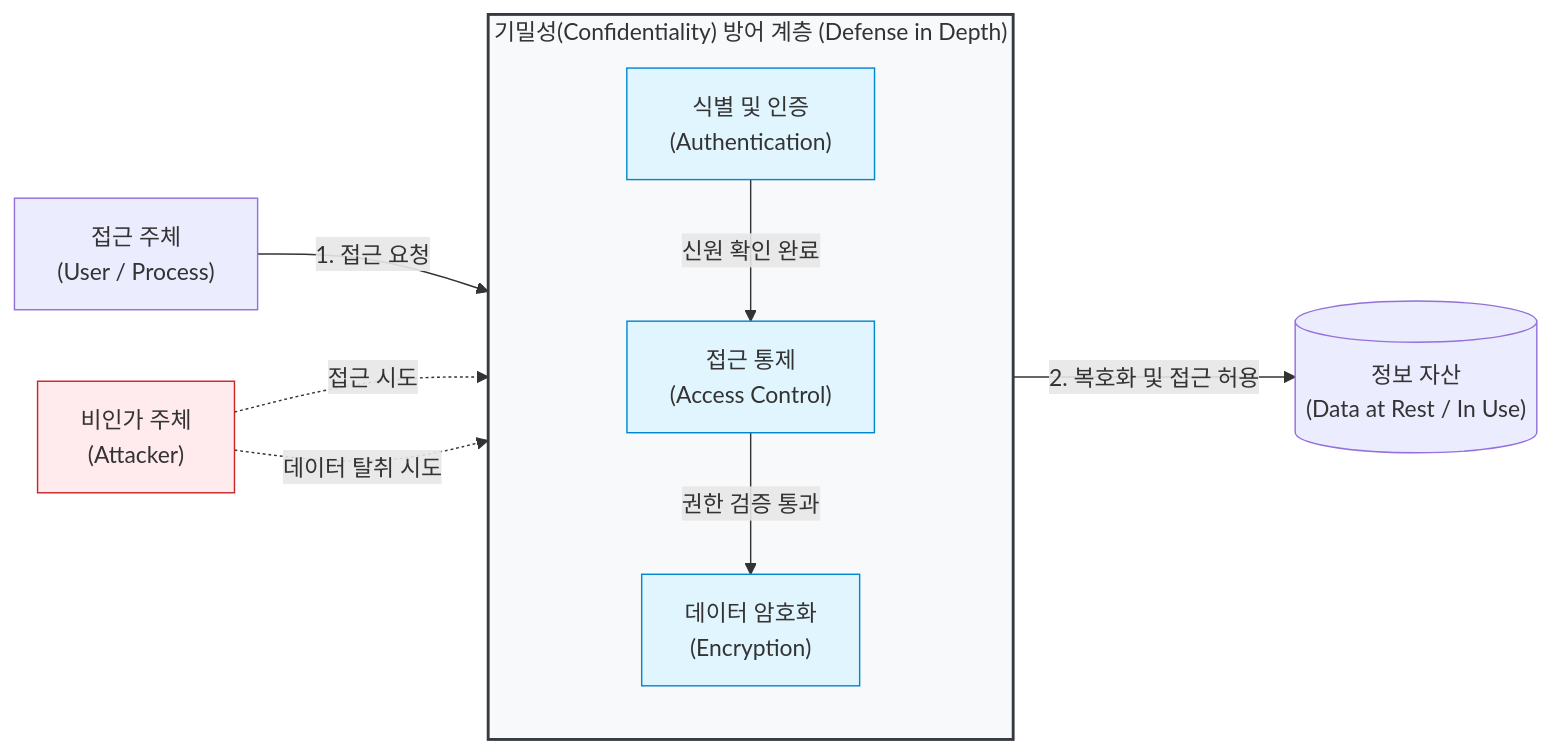
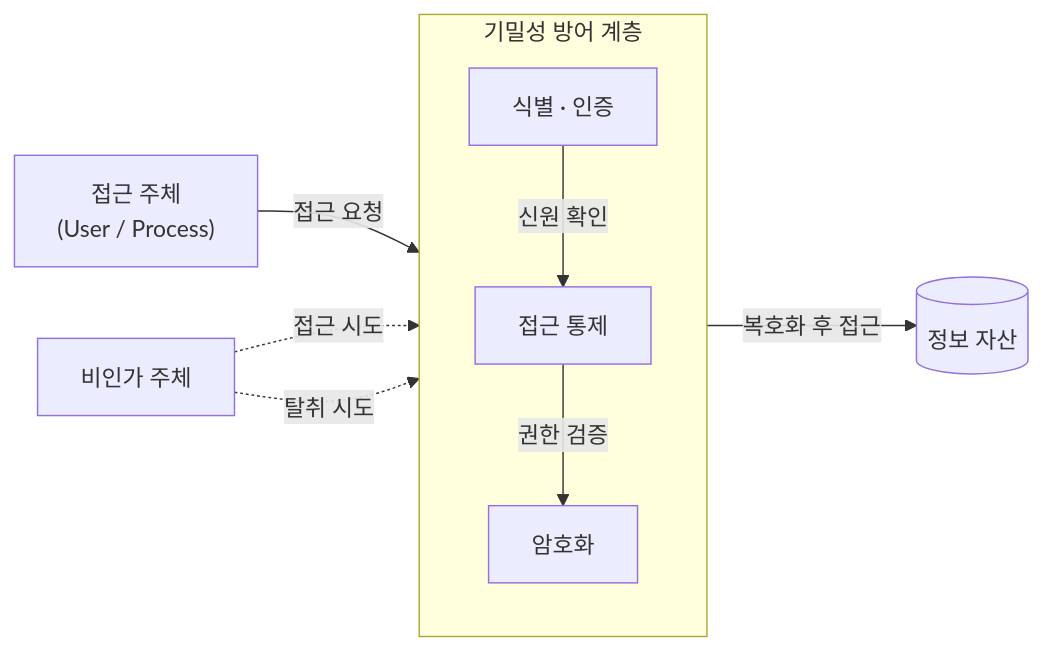
Before and after one commit to supremethumb/supremethumb.github.io: the diagram in content/01_IT Tech/기밀성.md, drawn with Mermaid. The commit also changed other lines of this file and 1087 other files, not shown here.

````diff
--- a/content/01_IT Tech/기밀성.md
+++ b/content/01_IT Tech/기밀성.md
@@ -26,30 +34,18 @@
 ```mermaid
 flowchart LR
     User["접근 주체<br/>(User / Process)"]
-    
-    subgraph Defense["기밀성(Confidentiality) 방어 계층 (Defense in Depth)"]
+    subgraph Defense["기밀성 방어 계층"]
         direction TB
-        Auth["식별 및 인증<br/>(Authentication)"]
-        AC["접근 통제<br/>(Access Control)"]
-        Crypto["데이터 암호화<br/>(Encryption)"]
-        
-        Auth --> |"신원 확인 완료"| AC
-        AC --> |"권한 검증 통과"| Crypto
+        Auth["식별 · 인증"]
+        AC["접근 통제"]
+        Crypto["암호화"]
+        Auth -->|"신원 확인"| AC
+        AC -->|"권한 검증"| Crypto
     end
-    
-    Data[("정보 자산<br/>(Data at Rest / In Use)")]
-    Attacker["비인가 주체<br/>(Attacker)"]
-
-    User -- "1. 접근 요청" --> Auth
-    Crypto -- "2. 복호화 및 접근 허용" --> Data
-    
-    Attacker -. "접근 시도" .-> Auth
-    Attacker -. "데이터 탈취 시도" .-> Crypto
-    
-    style Defense fill:#f8f9fa,stroke:#343a40,stroke-width:2px
-    style Auth fill:#e1f5fe,stroke:#0288d1
-    style AC fill:#e1f5fe,stroke:#0288d1
-    style Crypto fill:#e1f5fe,stroke:#0288d1
-    style Attacker fill:#ffebee,stroke:#c62828
-
+    Data[("정보 자산")]
+    Attacker["비인가 주체"]
+    User -->|"접근 요청"| Auth
+    Crypto -->|"복호화 후 접근"| Data
+    Attacker -.->|"접근 시도"| Auth
+    Attacker -.->|"탈취 시도"| Crypto
 ```
````
